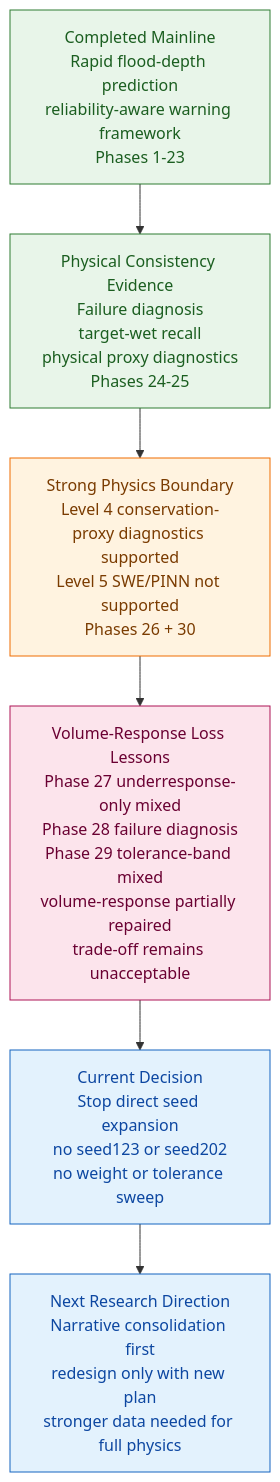
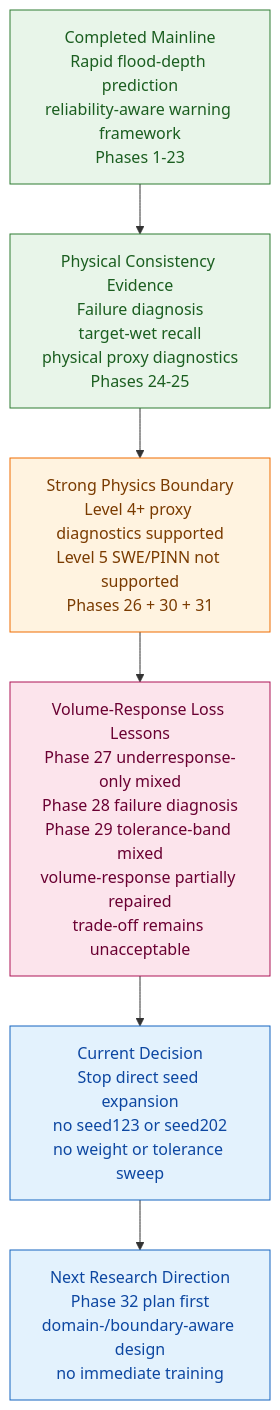
One commit to HolyLin990604/physics-guided-urban-flood-prediction changed the third of 3 diagrams in README.md. Above: the diagram before and after it, drawn with Mermaid. The commit also changed other lines of this file and 2 other files, not shown here.

Commit message:
docs: sync phase31 physics input readiness status

````diff
--- a/README.md
+++ b/README.md
@@ -446,16 +452,16 @@
 ```mermaid
 flowchart TD
     A["Completed Mainline<br/>Rapid flood-depth prediction<br/>reliability-aware warning framework<br/>Phases 1-23"]:::completed
     B["Physical Consistency Evidence<br/>Failure diagnosis<br/>target-wet recall<br/>physical proxy diagnostics<br/>Phases 24-25"]:::completed
-    C["Strong Physics Boundary<br/>Level 4 conservation-proxy diagnostics supported<br/>Level 5 SWE/PINN not supported<br/>Phases 26 + 30"]:::boundary
+    C["Strong Physics Boundary<br/>Level 4+ proxy diagnostics supported<br/>Level 5 SWE/PINN not supported<br/>Phases 26 + 30 + 31"]:::boundary
     D["Volume-Response Loss Lessons<br/>Phase 27 underresponse-only mixed<br/>Phase 28 failure diagnosis<br/>Phase 29 tolerance-band mixed<br/>volume-response partially repaired<br/>trade-off remains unacceptable"]:::diagnosis
     E["Current Decision<br/>Stop direct seed expansion<br/>no seed123 or seed202<br/>no weight or tolerance sweep"]:::current
-    F["Next Research Direction<br/>Narrative consolidation first<br/>redesign only with new plan<br/>stronger data needed for full physics"]:::current
+    F["Next Research Direction<br/>Phase 32 plan first<br/>domain-/boundary-aware design<br/>no immediate training"]:::current
 
     A --> B --> C --> D --> E --> F
 
     classDef completed fill:#e8f5e9,stroke:#2e7d32,color:#1b5e20
     classDef boundary fill:#fff3e0,stroke:#ef6c00,color:#7a3b00
     classDef diagnosis fill:#fce4ec,stroke:#ad1457,color:#6a0032
     classDef current fill:#e3f2fd,stroke:#1565c0,color:#0d47a1
 ```
````
